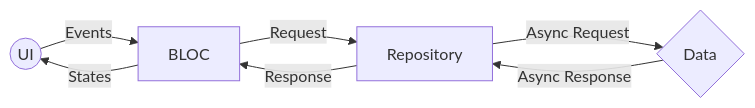
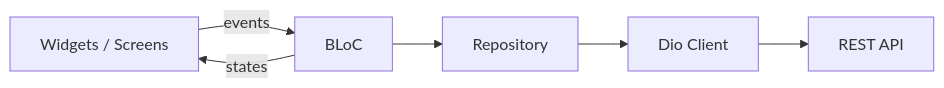
Before and after one commit to mikhaelsuryawan/blueprint-mobile-flutter: the diagram in README.md, drawn with Mermaid. The commit also changed other lines of this file, not shown here.

````diff
--- a/README.md
+++ b/README.md
@@ -271,9 +142,8 @@
-```mermaid      
-graph LR      
-A((UI)) -- Events --> B[BLOC]      
-B[BLOC] -- States --> A((UI))      
-B -- Request --> D[Repository]    
-D -- Response --> B    
-D -- Async Request --> E[Data]       
-E{Data} -- Async Response --> D      
-```      
+```mermaid
+flowchart LR
+  UI[Widgets / Screens] -->|events| BLOC[BLoC]
+  BLOC -->|states| UI
+  BLOC --> REPO[Repository]
+  REPO --> CLIENT[Dio Client]
+  CLIENT --> API[REST API]
+```
````
